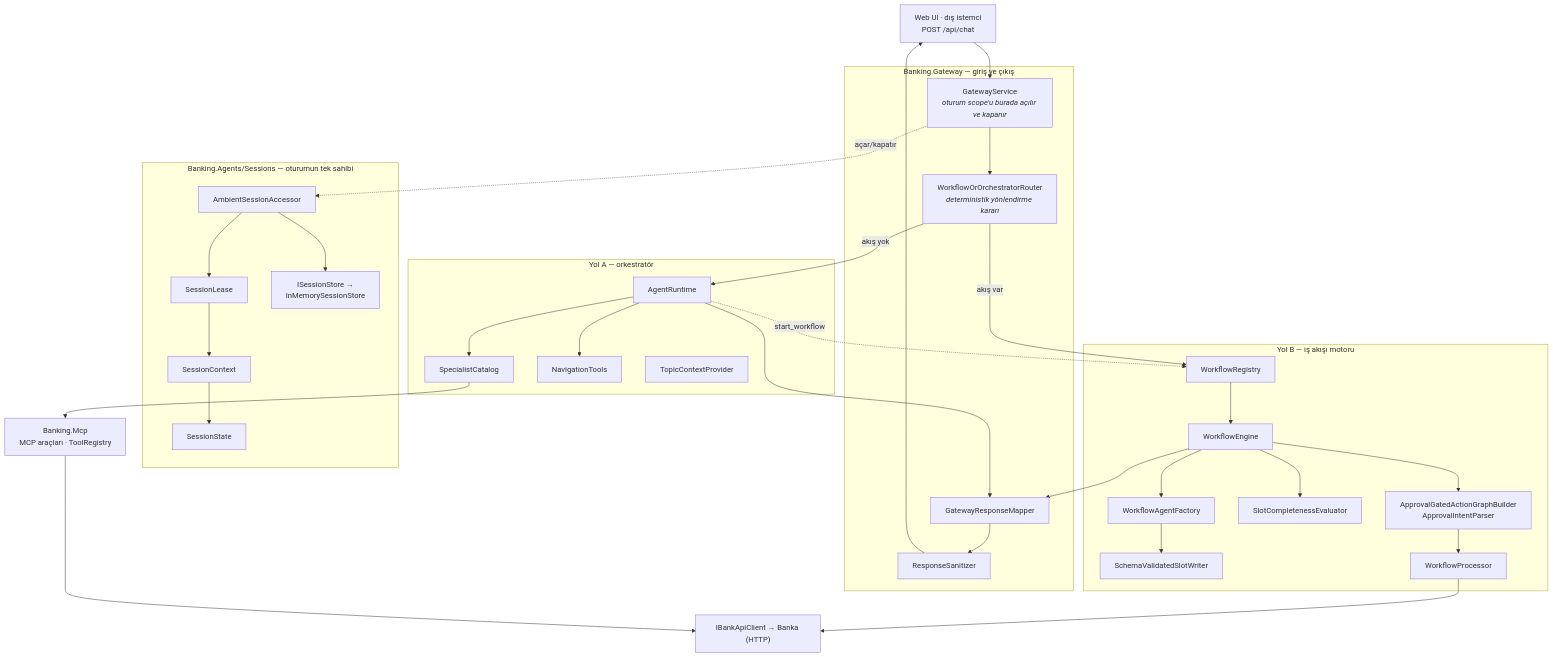
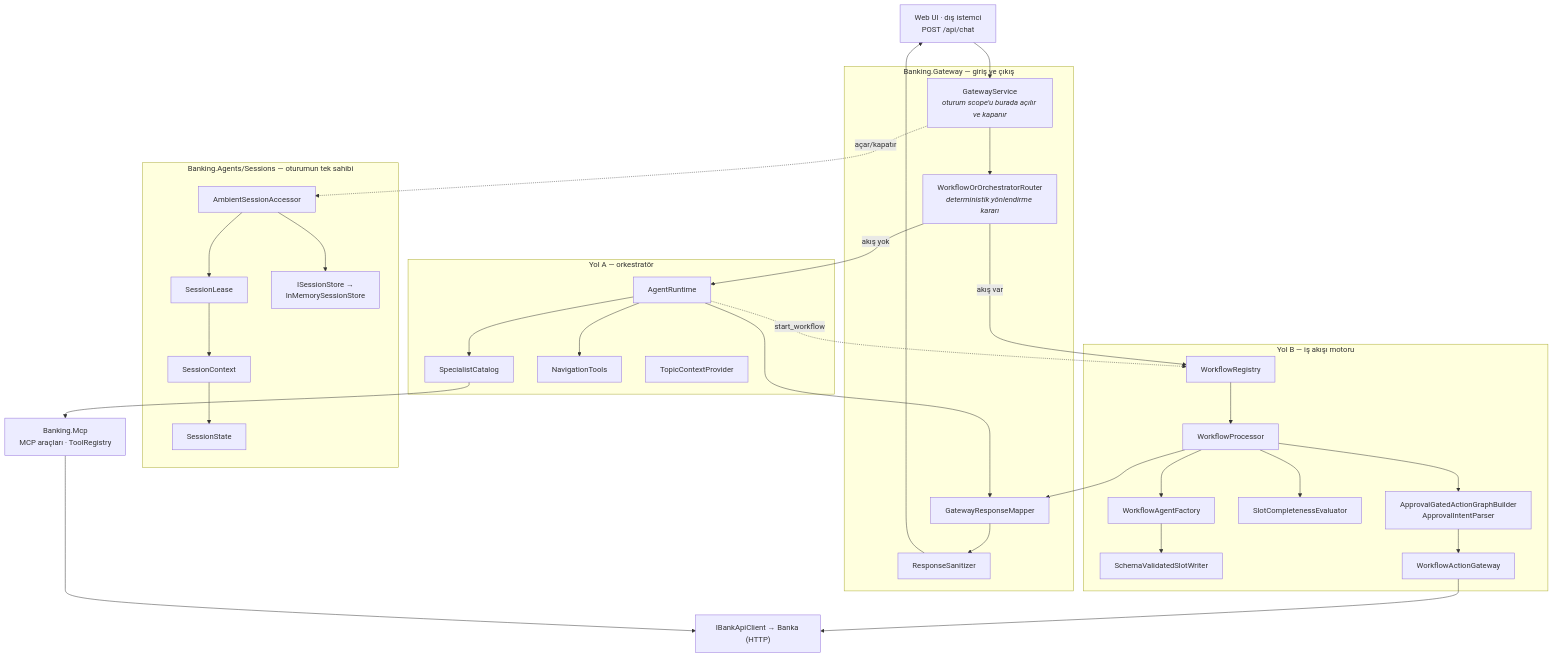
Before and after one commit to Boran-Sert/Bank-_Agentic: the first of 9 diagrams in ANALIZ.md, drawn with Mermaid. The commit also changed other lines of this file, not shown here.

````diff
--- a/ANALIZ.md
+++ b/ANALIZ.md
@@ -17,57 +17,57 @@
 ```mermaid
 flowchart TB
     UI["Web UI · dış istemci<br/>POST /api/chat"]
 
     subgraph GW["Banking.Gateway — giriş ve çıkış"]
         GS["GatewayService<br/><i>oturum scope'u burada açılır ve kapanır</i>"]
         RT["WorkflowOrOrchestratorRouter<br/><i>deterministik yönlendirme kararı</i>"]
         MAP["GatewayResponseMapper"]
         SAN["ResponseSanitizer"]
     end
 
     subgraph SES["Banking.Agents/Sessions — oturumun tek sahibi"]
         ACC["AmbientSessionAccessor"]
         LEA["SessionLease"]
         CTX["SessionContext"]
         STA["SessionState"]
         STO["ISessionStore →<br/>InMemorySessionStore"]
     end
 
     subgraph ORC["Yol A — orkestratör"]
         AR["AgentRuntime"]
         SC["SpecialistCatalog"]
         NT["NavigationTools"]
         TCP["TopicContextProvider"]
     end
 
     subgraph WF["Yol B — iş akışı motoru"]
         WR["WorkflowRegistry"]
         WAF["WorkflowAgentFactory"]
-        WE["WorkflowEngine"]
+        WE["WorkflowProcessor"]
         SLOT["SlotCompletenessEvaluator"]
         VAL["SchemaValidatedSlotWriter"]
         APP["ApprovalGatedActionGraphBuilder<br/>ApprovalIntentParser"]
-        EXE["WorkflowProcessor"]
+        EXE["WorkflowActionGateway"]
     end
 
     MCP["Banking.Mcp<br/>MCP araçları · ToolRegistry"]
     BANK["IBankApiClient → Banka (HTTP)"]
 
     UI --> GS --> RT
     GS -. açar/kapatır .-> ACC
     ACC --> LEA --> CTX --> STA
     ACC --> STO
     RT -->|akış yok| AR
     RT -->|akış var| WR --> WE
     AR --> SC --> MCP
     AR --> NT
     AR -.->|start_workflow| WR
     WE --> WAF
     WE --> SLOT
     WAF --> VAL
     WE --> APP --> EXE --> BANK
     MCP --> BANK
     WE --> MAP
     AR --> MAP
     MAP --> SAN --> UI
 ```
````
